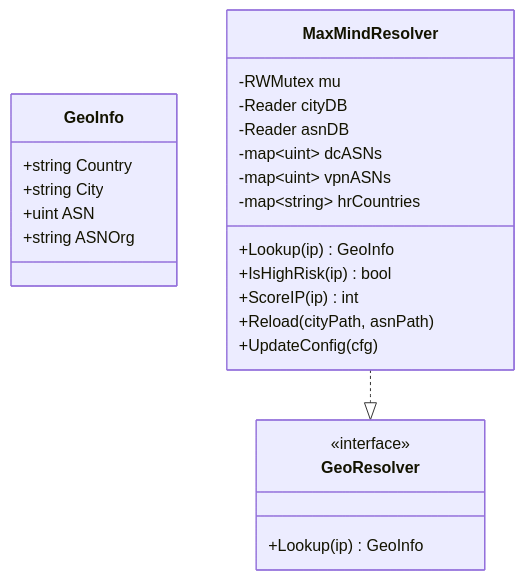
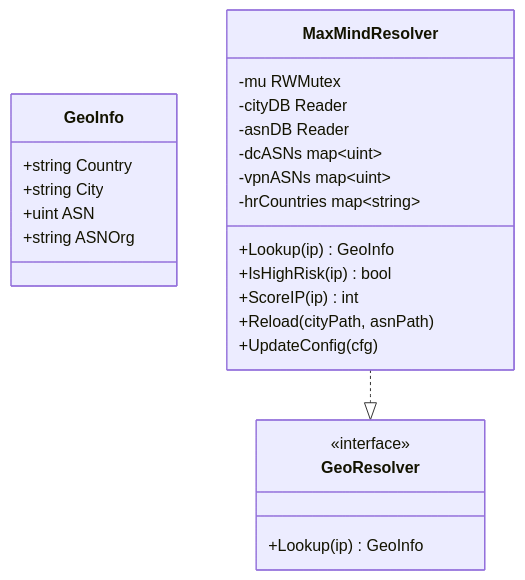
The third of 9 diagrams in docs/安全防护功能/地理位置阻断.md (x01n/My-OpenWaf), drawn with Mermaid before and after one commit. The commit also changed other lines of this file and 199 other files, not shown here.

````diff
--- a/docs/安全防护功能/地理位置阻断.md
+++ b/docs/安全防护功能/地理位置阻断.md
@@ -130,27 +129,27 @@
 ```mermaid
 classDiagram
 class GeoInfo {
 +string Country
 +string City
 +uint ASN
 +string ASNOrg
 }
 class MaxMindResolver {
--RWMutex mu
--Reader cityDB
--Reader asnDB
--map~uint~ dcASNs
--map~uint~ vpnASNs
--map~string~ hrCountries
+-mu RWMutex
+-cityDB Reader
+-asnDB Reader
+-dcASNs map~uint~
+-vpnASNs map~uint~
+-hrCountries map~string~
 +Lookup(ip) GeoInfo
 +IsHighRisk(ip) bool
 +ScoreIP(ip) int
 +Reload(cityPath, asnPath)
 +UpdateConfig(cfg)
 }
 class GeoResolver {
 <<interface>>
 +Lookup(ip) GeoInfo
 }
 MaxMindResolver ..|> GeoResolver
 ```
````
